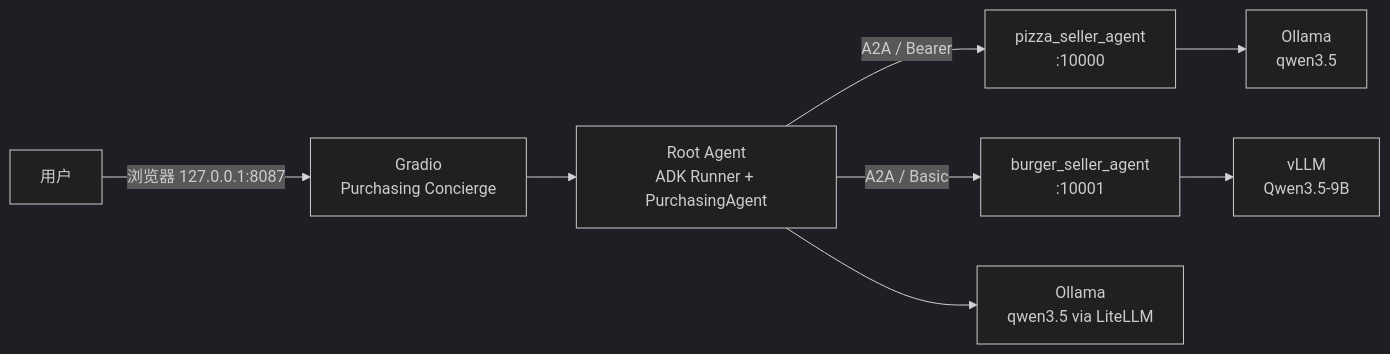
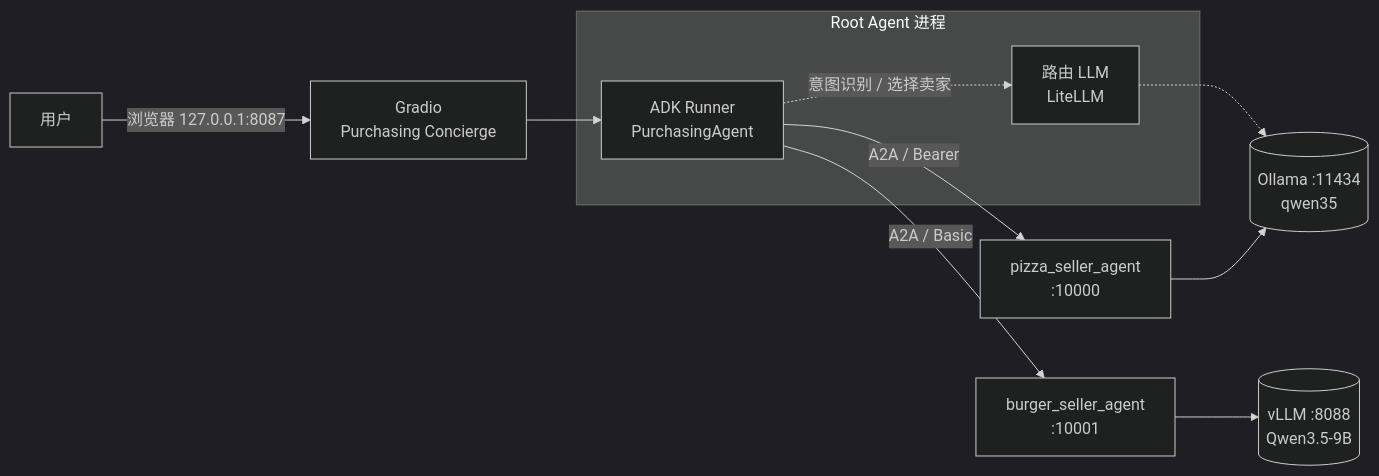
The first of 2 diagrams in platforms/amd_developer/notebook_ROCm/5061_agent_201.md (StorywithLove/multimodal-deploy), drawn with Mermaid (dark theme) before and after one commit. The commit also changed other lines of this file, not shown here.

Commit message:
Clarify root agent model dependency in the A2A diagram
Separate the orchestrator's own LiteLLM-to-Ollama call from the
two A2A seller connections, and merge the duplicate Ollama nodes.

````diff
--- a/platforms/amd_developer/notebook_ROCm/5061_agent_201.md
+++ b/platforms/amd_developer/notebook_ROCm/5061_agent_201.md
@@ -19,10 +19,18 @@
 ```mermaid
 flowchart LR
     U[用户] -->|浏览器 127.0.0.1:8087| G[Gradio<br/>Purchasing Concierge]
-    G --> R[Root Agent<br/>ADK Runner + PurchasingAgent]
+    G --> R
+
+    subgraph ROOT[Root Agent 进程]
+        R[ADK Runner<br/>PurchasingAgent]
+        RL[路由 LLM<br/>LiteLLM]
+        R -.->|意图识别 / 选择卖家| RL
+    end
+
     R -->|A2A / Bearer| P[pizza_seller_agent<br/>:10000]
     R -->|A2A / Basic| B[burger_seller_agent<br/>:10001]
-    P --> PO[Ollama<br/>qwen3.5]
-    B --> BV[vLLM<br/>Qwen3.5-9B]
-    R --> RO[Ollama<br/>qwen3.5 via LiteLLM]
+
+    RL -.-> O[(Ollama :11434<br/>qwen35)]
+    P --> O
+    B --> V[(vLLM :8088<br/>Qwen3.5-9B)]
 ```
````
